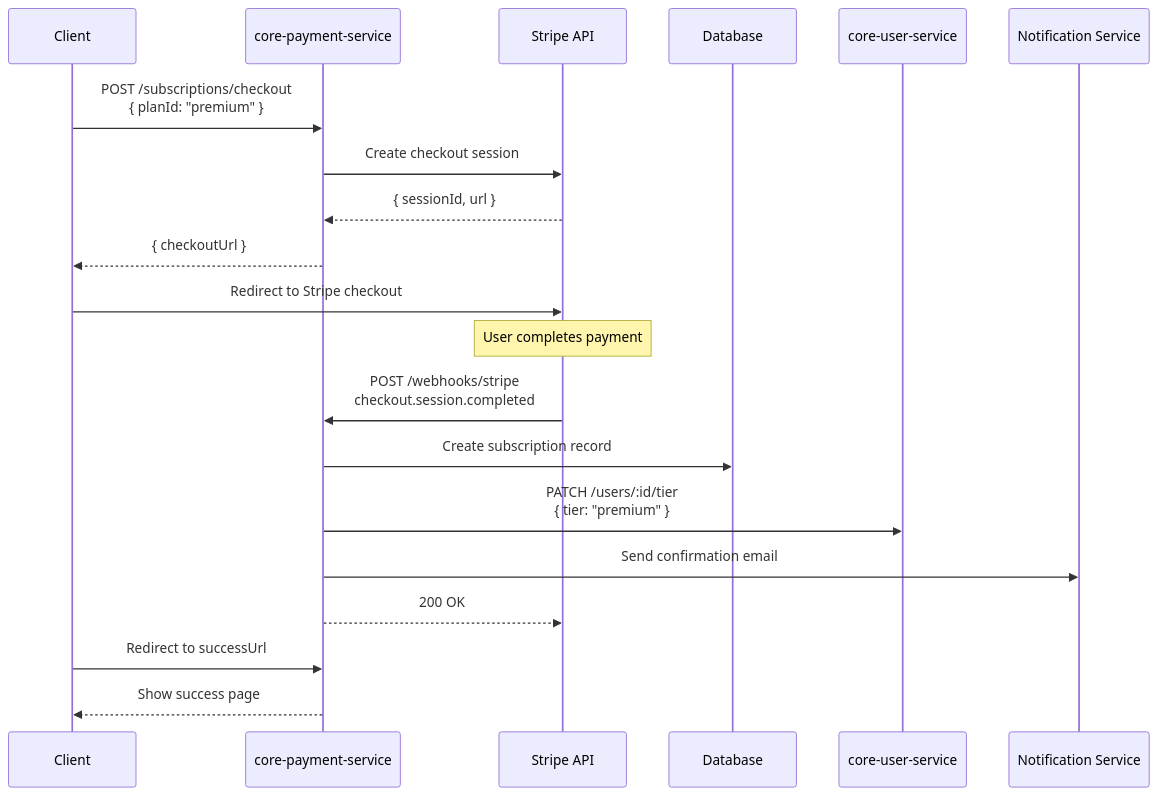
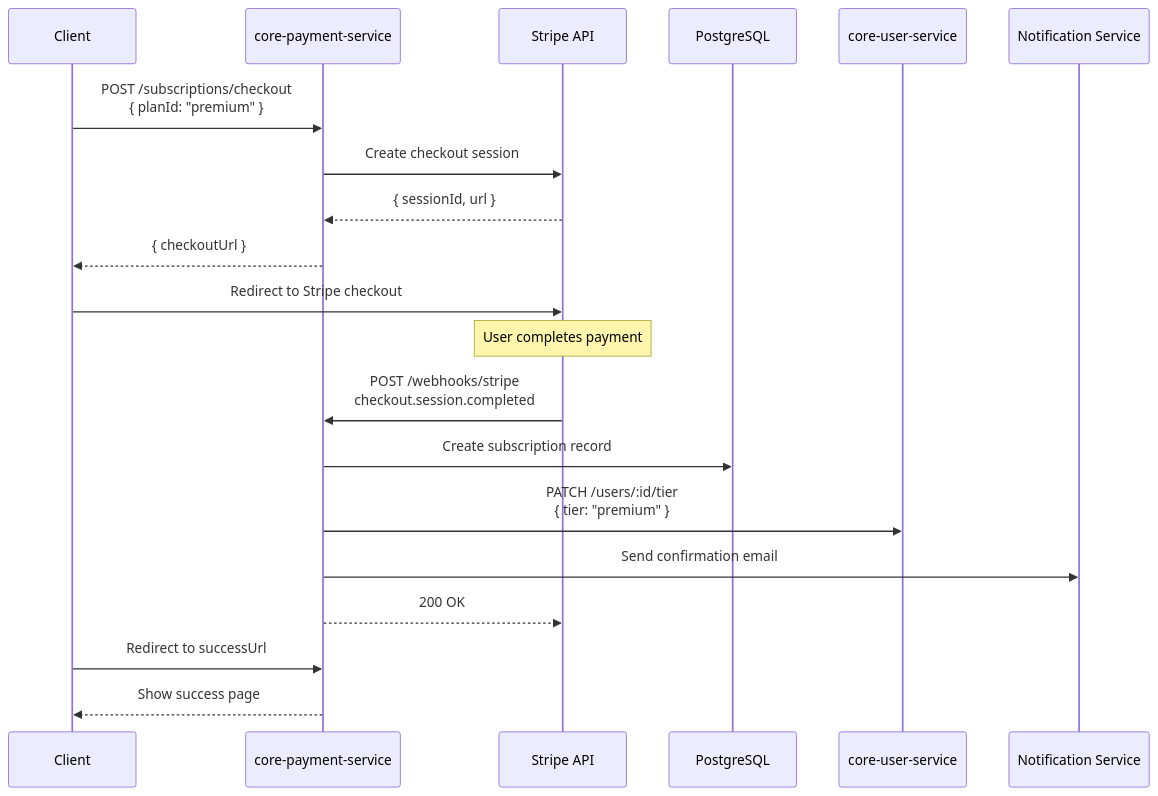
One commit to VisioBook-ESP/docs-architecture changed the fourth of 4 diagrams in microservices/core-payment-service.md. Above: the diagram before and after it, drawn with Mermaid. The commit also changed other lines of this file and 15 other files, not shown here.

````diff
--- a/microservices/core-payment-service.md
+++ b/microservices/core-payment-service.md
@@ -202,30 +202,30 @@
 ```mermaid
 sequenceDiagram
     participant C as Client
     participant PS as core-payment-service
     participant STRIPE as Stripe API
-    participant DB as Database
+    participant PG as PostgreSQL
     participant US as core-user-service
     participant NS as Notification Service
 
     C->>PS: POST /subscriptions/checkout<br/>{ planId: "premium" }
 
     PS->>STRIPE: Create checkout session
     STRIPE-->>PS: { sessionId, url }
 
     PS-->>C: { checkoutUrl }
     C->>STRIPE: Redirect to Stripe checkout
 
     Note over STRIPE: User completes payment
 
     STRIPE->>PS: POST /webhooks/stripe<br/>checkout.session.completed
 
-    PS->>DB: Create subscription record
+    PS->>PG: Create subscription record
     PS->>US: PATCH /users/:id/tier<br/>{ tier: "premium" }
     PS->>NS: Send confirmation email
 
     PS-->>STRIPE: 200 OK
 
     C->>PS: Redirect to successUrl
     PS-->>C: Show success page
 ```
````
